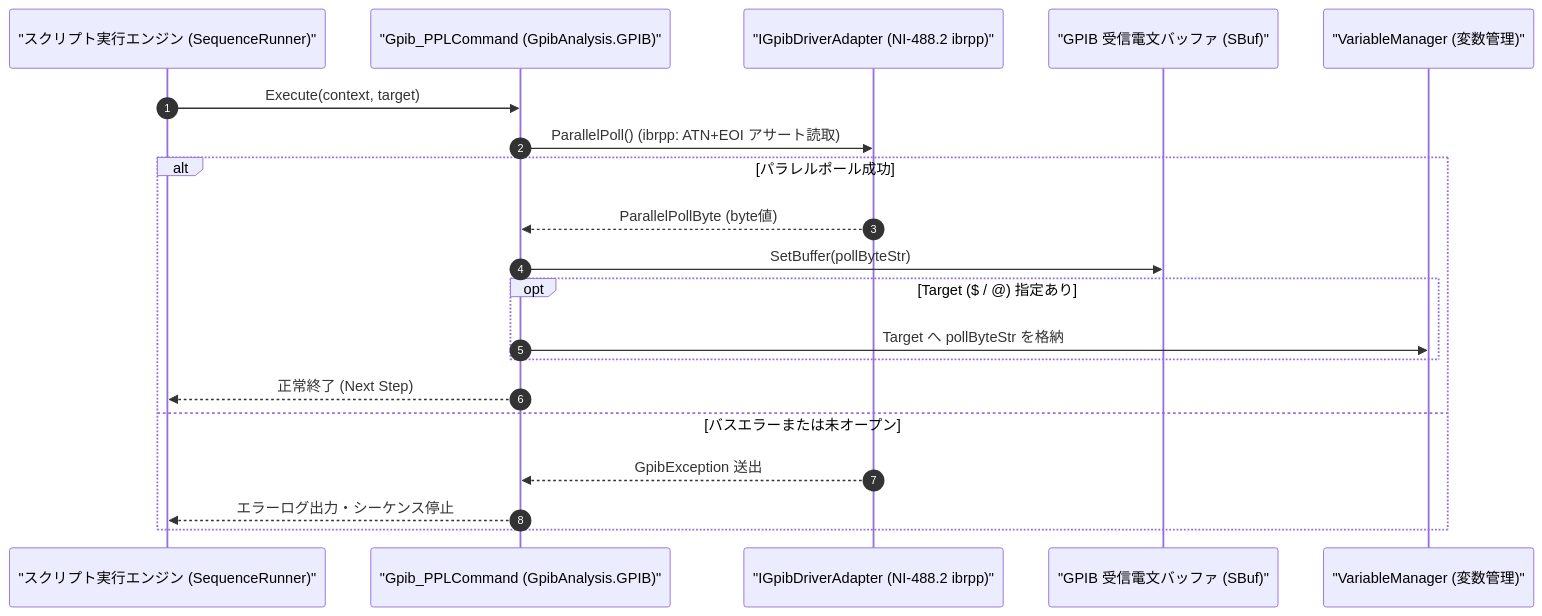
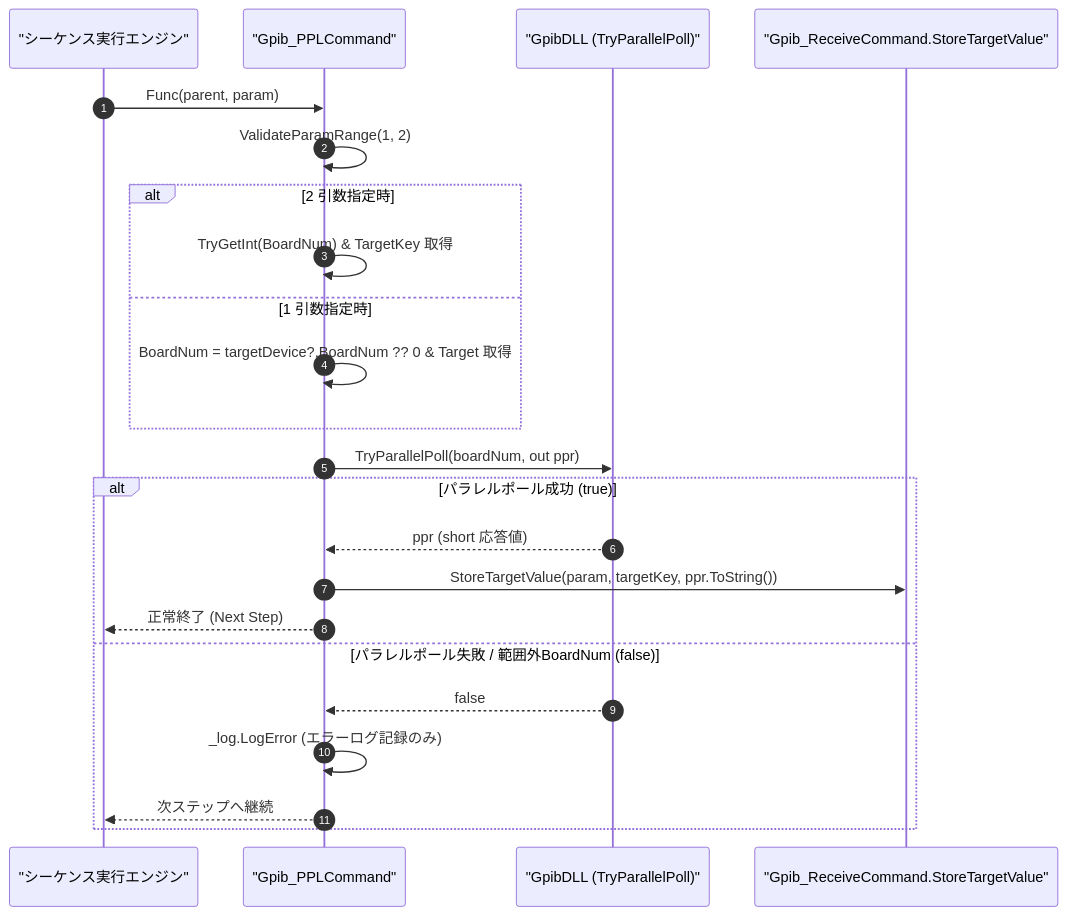
Before and after one commit to Monaca-App/GpibAddIn: the diagram in Manual/GPIB/Gpib_PPL.Md, drawn with Mermaid. The commit also changed other lines of this file and 32 other files, not shown here.

````diff
--- a/Manual/GPIB/Gpib_PPL.Md
+++ b/Manual/GPIB/Gpib_PPL.Md
@@ -64,23 +68,26 @@
 ```mermaid
 sequenceDiagram
     autonumber
-    participant Script as "スクリプト実行エンジン (SequenceRunner)"
-    participant Cmd as "Gpib_PPLCommand (GpibAnalysis.GPIB)"
-    participant Drv as "IGpibDriverAdapter (NI-488.2 ibrpp)"
-    participant SBuf as "GPIB 受信電文バッファ (SBuf)"
-    participant Var as "VariableManager (変数管理)"
+    participant Script as "シーケンス実行エンジン"
+    participant Cmd as "Gpib_PPLCommand"
+    participant Dll as "GpibDLL (TryParallelPoll)"
+    participant Var as "Gpib_ReceiveCommand.StoreTargetValue"
 
-    Script->>Cmd: Execute(context, target)
-    Cmd->>Drv: ParallelPoll() (ibrpp: ATN+EOI アサート読取)
-    alt パラレルポール成功
-        Drv-->>Cmd: ParallelPollByte (byte値)
-        Cmd->>SBuf: SetBuffer(pollByteStr)
-        opt Target ($ / @) 指定あり
-            Cmd->>Var: Target へ pollByteStr を格納
-        end
+    Script->>Cmd: Func(parent, param)
+    Cmd->>Cmd: ValidateParamRange(1, 2)
+    alt 2 引数指定時
+        Cmd->>Cmd: TryGetInt(BoardNum) & TargetKey 取得
+    else 1 引数指定時
+        Cmd->>Cmd: BoardNum = targetDevice?.BoardNum ?? 0 & Target 取得
+    end
+    Cmd->>Dll: TryParallelPoll(boardNum, out ppr)
+    alt パラレルポール成功 (true)
+        Dll-->>Cmd: ppr (short 応答値)
+        Cmd->>Var: StoreTargetValue(param, targetKey, ppr.ToString())
         Cmd-->>Script: 正常終了 (Next Step)
-    else バスエラーまたは未オープン
-        Drv-->>Cmd: GpibException 送出
-        Cmd-->>Script: エラーログ出力・シーケンス停止
+    else パラレルポール失敗 / 範囲外BoardNum (false)
+        Dll-->>Cmd: false
+        Cmd->>Cmd: _log.LogError (エラーログ記録のみ)
+        Cmd-->>Script: 次ステップへ継続
     end
 ```
````
